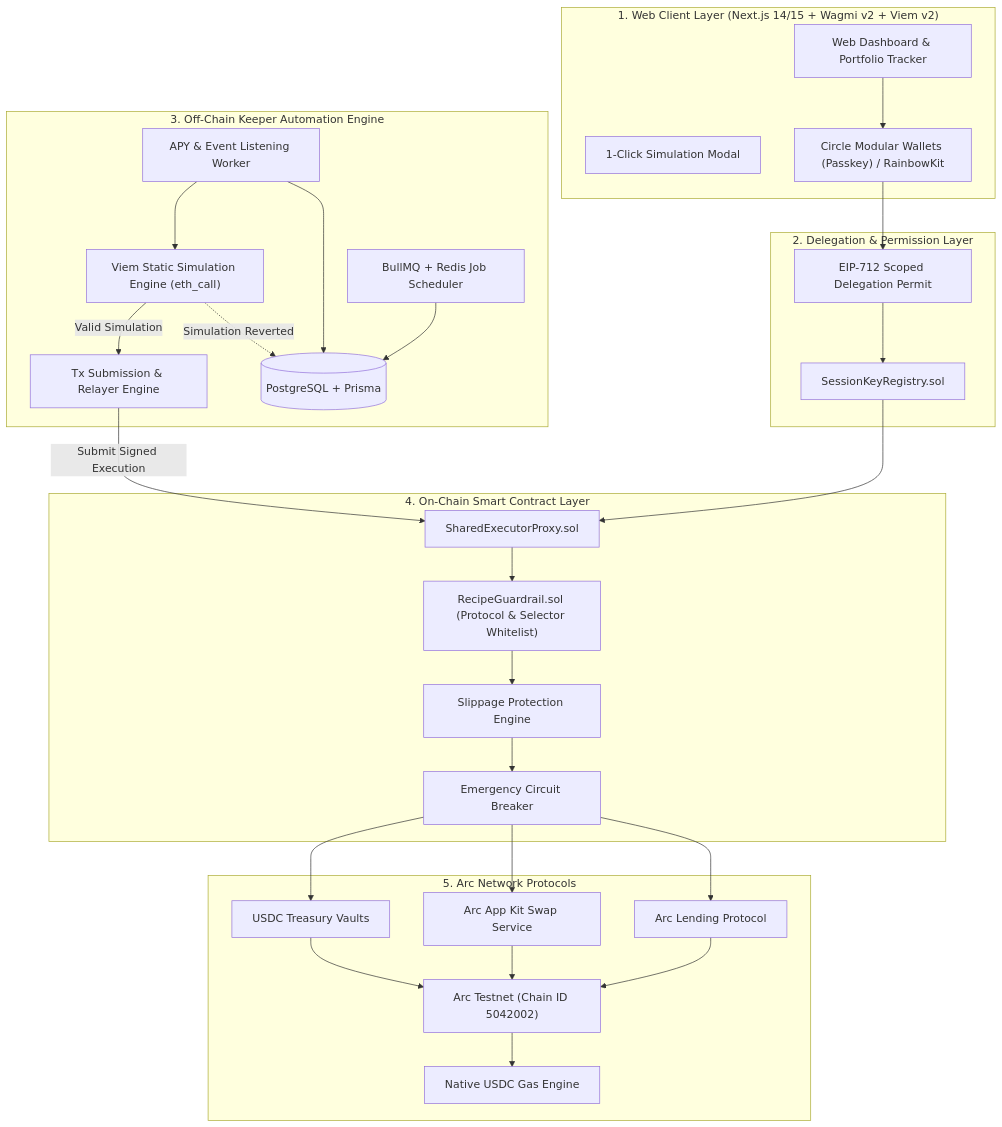
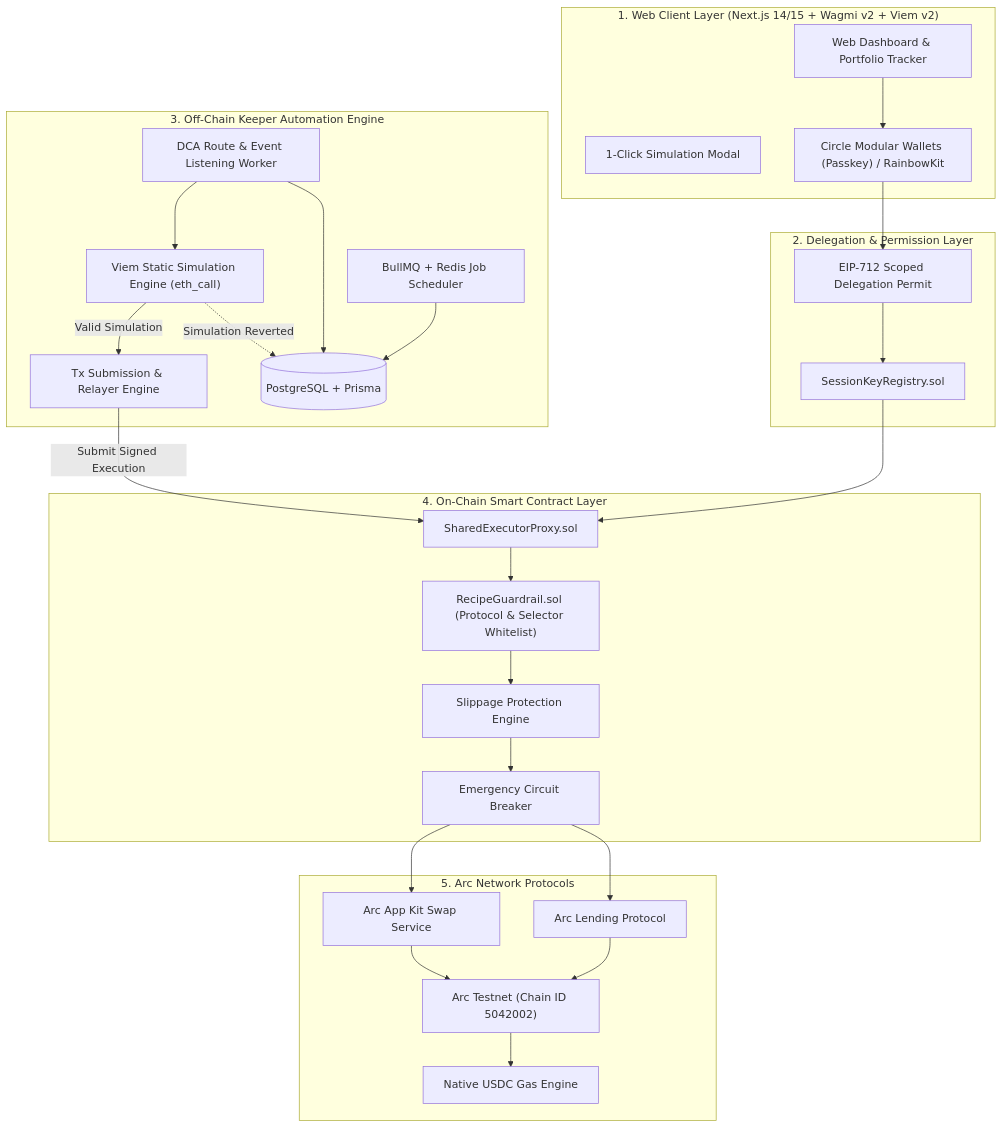
Before and after one commit to levantuy/DeFiRecipesonArc: the diagram in docs/architecture-proposal.md, drawn with Mermaid. The commit also changed other lines of this file and 37 other files, not shown here.

````diff
--- a/docs/architecture-proposal.md
+++ b/docs/architecture-proposal.md
@@ -26,60 +26,57 @@
 ```mermaid
 graph TD
     subgraph ClientLayer ["1. Web Client Layer (Next.js 14/15 + Wagmi v2 + Viem v2)"]
         UI["Web Dashboard & Portfolio Tracker"]
         SIM_MODAL["1-Click Simulation Modal"]
         WALLET_SDK["Circle Modular Wallets (Passkey) / RainbowKit"]
     end
 
     subgraph AuthLayer ["2. Delegation & Permission Layer"]
         EIP712["EIP-712 Scoped Delegation Permit"]
         SK_REGISTRY["SessionKeyRegistry.sol"]
     end
 
     subgraph KeeperLayer ["3. Off-Chain Keeper Automation Engine"]
         SCHEDULER["BullMQ + Redis Job Scheduler"]
-        MONITOR["APY & Event Listening Worker"]
+        MONITOR["DCA Route & Event Listening Worker"]
         SIM_ENGINE["Viem Static Simulation Engine (eth_call)"]
         RELAYER["Tx Submission & Relayer Engine"]
         DB[(PostgreSQL + Prisma)]
     end
 
     subgraph OnChainLayer ["4. On-Chain Smart Contract Layer"]
         EXECUTOR["SharedExecutorProxy.sol"]
         GUARD["RecipeGuardrail.sol (Protocol & Selector Whitelist)"]
         SLIPPAGE["Slippage Protection Engine"]
         PAUSE["Emergency Circuit Breaker"]
     end
 
     subgraph ProtocolLayer ["5. Arc Network Protocols"]
         ARC_CHAIN["Arc Testnet (Chain ID 5042002)"]
         USDC_NATIVE["Native USDC Gas Engine"]
         LENDING["Arc Lending Protocol"]
         SWAP["Arc App Kit Swap Service"]
-        VAULTS["USDC Treasury Vaults"]
     end
 
     UI --> WALLET_SDK
     WALLET_SDK --> EIP712
     EIP712 --> SK_REGISTRY
     SK_REGISTRY --> EXECUTOR
 
     SCHEDULER --> DB
     MONITOR --> DB
     MONITOR --> SIM_ENGINE
     SIM_ENGINE -->|Valid Simulation| RELAYER
     SIM_ENGINE -.->|Simulation Reverted| DB
     RELAYER -->|Submit Signed Execution| EXECUTOR
 
     EXECUTOR --> GUARD
     GUARD --> SLIPPAGE
     SLIPPAGE --> PAUSE
     PAUSE --> LENDING
     PAUSE --> SWAP
-    PAUSE --> VAULTS
 
     LENDING --> ARC_CHAIN
     SWAP --> ARC_CHAIN
-    VAULTS --> ARC_CHAIN
     ARC_CHAIN --> USDC_NATIVE
 ```
````
